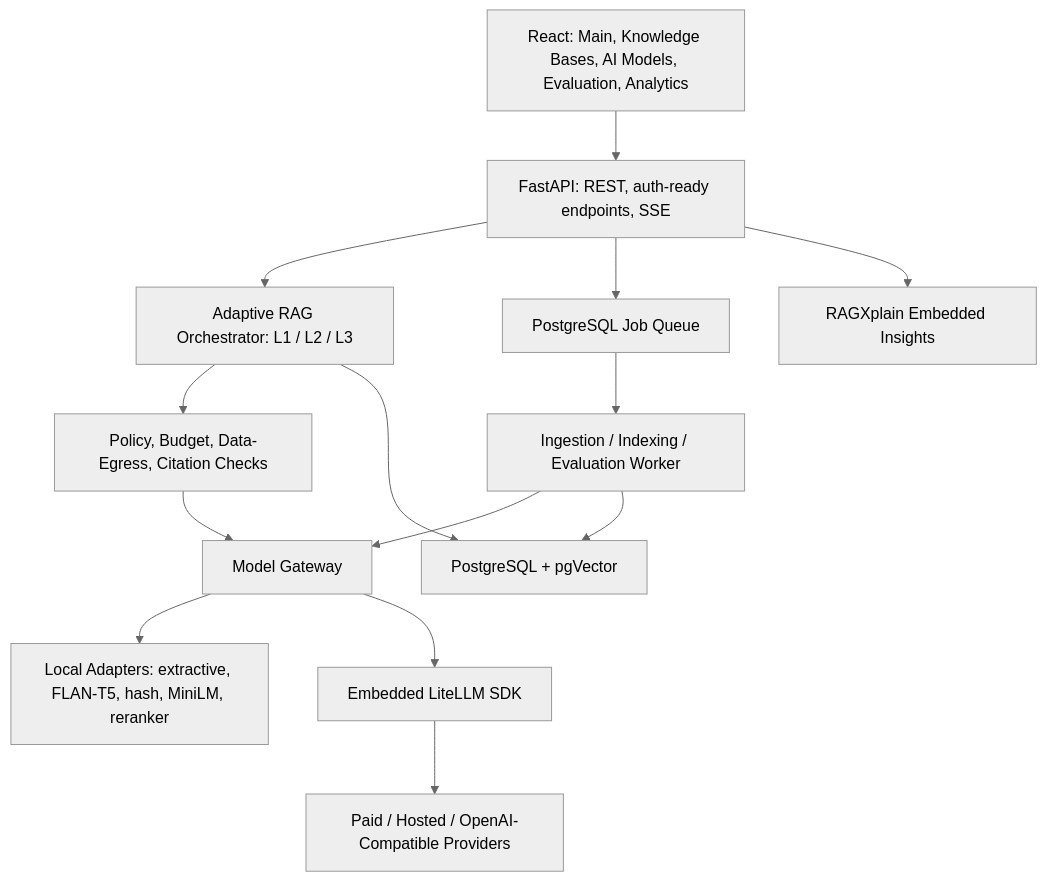
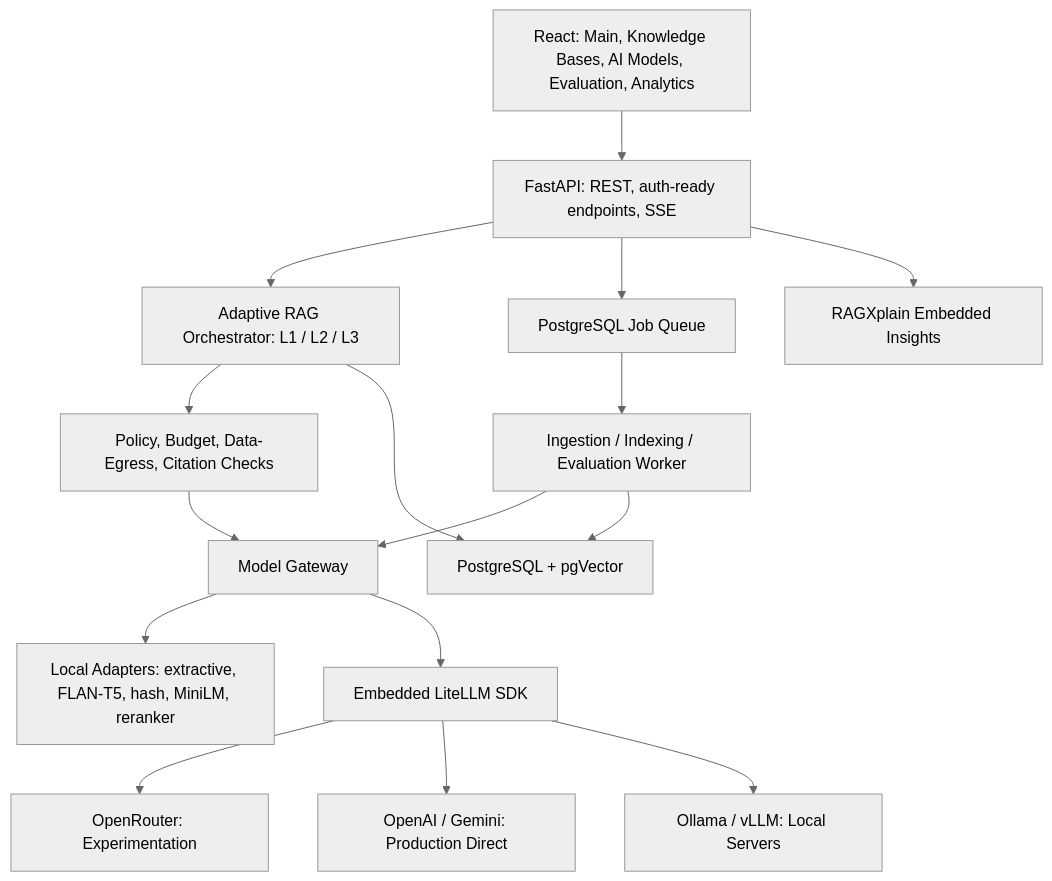
One commit to minh24mse23202/MSE changed the diagram in docs/architecture.md. Above: the diagram before and after it, drawn with Mermaid (neutral theme). The commit also changed other lines of this file and 20 other files, not shown here.

Commit message:
Add Direct OpenAI and Gemini provider connectors

````diff
--- a/docs/architecture.md
+++ b/docs/architecture.md
@@ -3,25 +3,30 @@
 ```mermaid
 flowchart TB
     UI["React: Main, Knowledge Bases, AI Models, Evaluation, Analytics"]
     API["FastAPI: REST, auth-ready endpoints, SSE"]
     RAG["Adaptive RAG Orchestrator: L1 / L2 / L3"]
     POLICY["Policy, Budget, Data-Egress, Citation Checks"]
     GATEWAY["Model Gateway"]
     LOCAL["Local Adapters: extractive, FLAN-T5, hash, MiniLM, reranker"]
     LITELLM["Embedded LiteLLM SDK"]
-    PROVIDERS["Paid / Hosted / OpenAI-Compatible Providers"]
+    OR["OpenRouter: Experimentation"]
+    DIRECT["OpenAI / Gemini: Production Direct"]
+    SERVERS["Ollama / vLLM: Local Servers"]
     STORAGE["PostgreSQL + pgVector"]
     JOBS["PostgreSQL Job Queue"]
     WORKER["Ingestion / Indexing / Evaluation Worker"]
     RAGX["RAGXplain Embedded Insights"]
 
     UI --> API
     API --> RAG --> POLICY --> GATEWAY
     GATEWAY --> LOCAL
-    GATEWAY --> LITELLM --> PROVIDERS
+    GATEWAY --> LITELLM
+    LITELLM --> OR
+    LITELLM --> DIRECT
+    LITELLM --> SERVERS
     RAG --> STORAGE
     API --> JOBS --> WORKER
     WORKER --> GATEWAY
     WORKER --> STORAGE
     API --> RAGX
 ```
````
